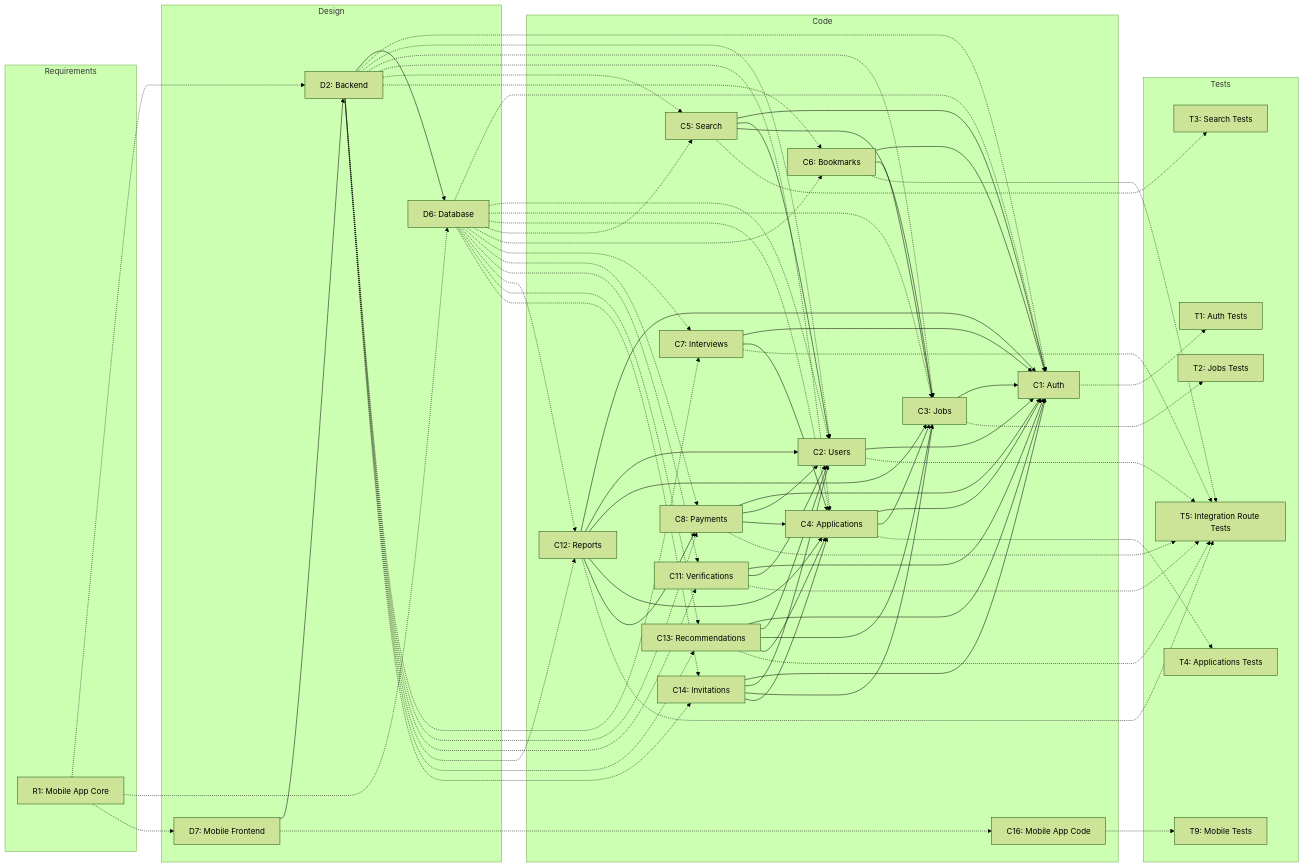
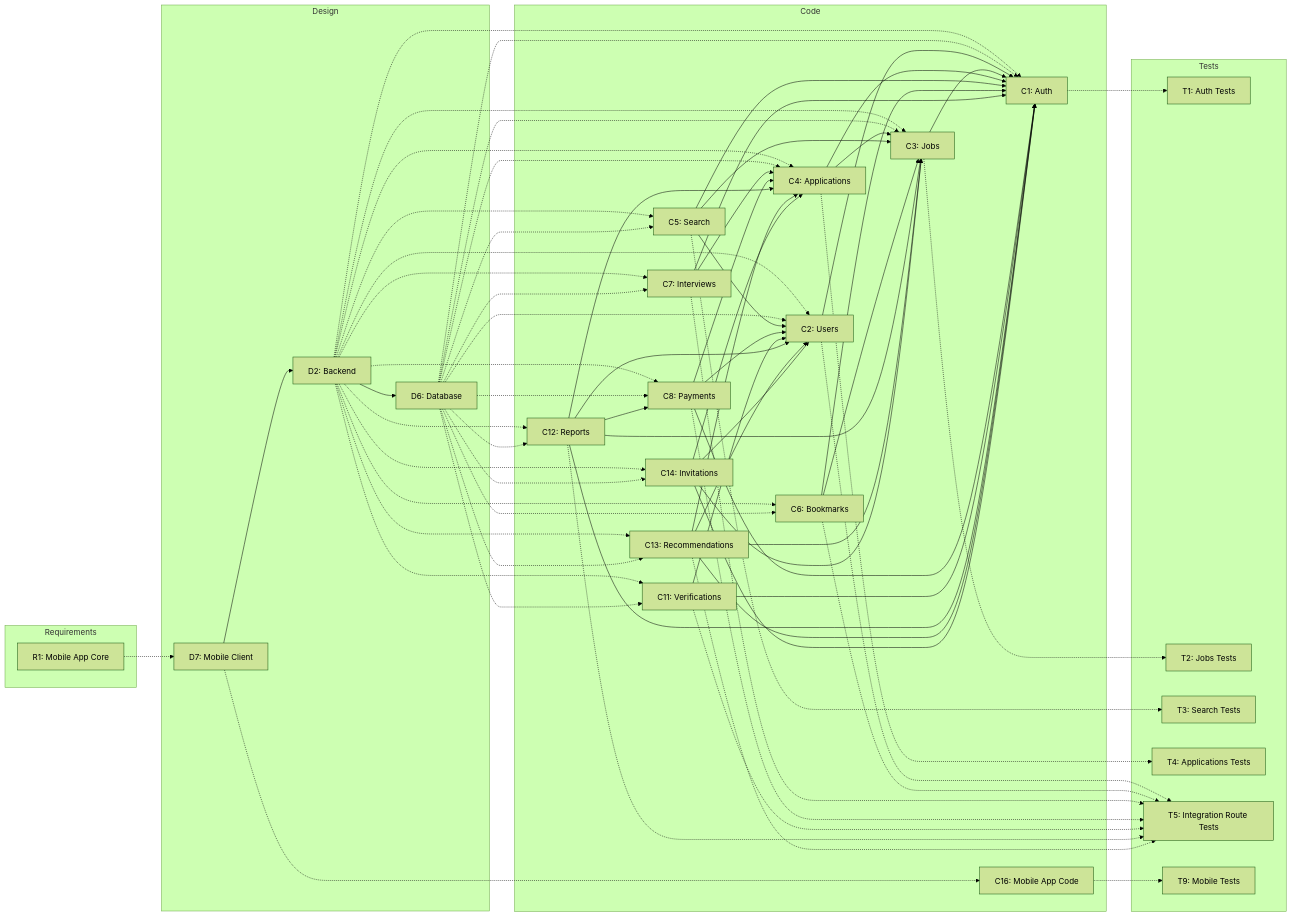
Before and after one commit to kunruethaipat/2025-ITCS383-Chongyai: the second of 8 diagrams in D4_IMPACT_ANALYSIS.MD, drawn with Mermaid (forest theme). The commit also changed other lines of this file, not shown here.

````diff
--- a/D4_IMPACT_ANALYSIS.MD
+++ b/D4_IMPACT_ANALYSIS.MD
@@ -244,16 +238,16 @@
 ```mermaid
 graph LR
-
+ 
 subgraph Requirements
 R1[R1: Mobile App Core]
 end
-
+ 
 subgraph Design
 D2[D2: Backend]
 D6[D6: Database]
-D7[D7: Mobile Frontend]
+D7[D7: Mobile Client]
 end
-
+ 
 subgraph Code
 C1[C1: Auth]
 C2[C2: Users]
@@ -269,7 +263,7 @@
 C14[C14: Invitations]
 C16[C16: Mobile App Code]
 end
-
+ 
 subgraph Tests
 T1[T1: Auth Tests]
 T2[T2: Jobs Tests]
@@ -278,14 +272,12 @@
 T5[T5: Integration Route Tests]
 T9[T9: Mobile Tests]
 end
-
-R1 -.-> D2
-R1 -.-> D6
+ 
 R1 -.-> D7
-
+ 
 D7 --> D2
 D2 --> D6
-
+ 
 D2 -.-> C1
 D2 -.-> C2
 D2 -.-> C3
@@ -311,7 +303,7 @@
 D6 -.-> C13
 D6 -.-> C14
 D7 -.-> C16
-
+ 
 C2 --> C1
 C3 --> C1
 C4 --> C1
@@ -341,7 +333,7 @@
 C14 --> C2
 C14 --> C3
 C14 --> C4
-
+ 
 C1 -.-> T1
 C3 -.-> T2
 C5 -.-> T3
````
